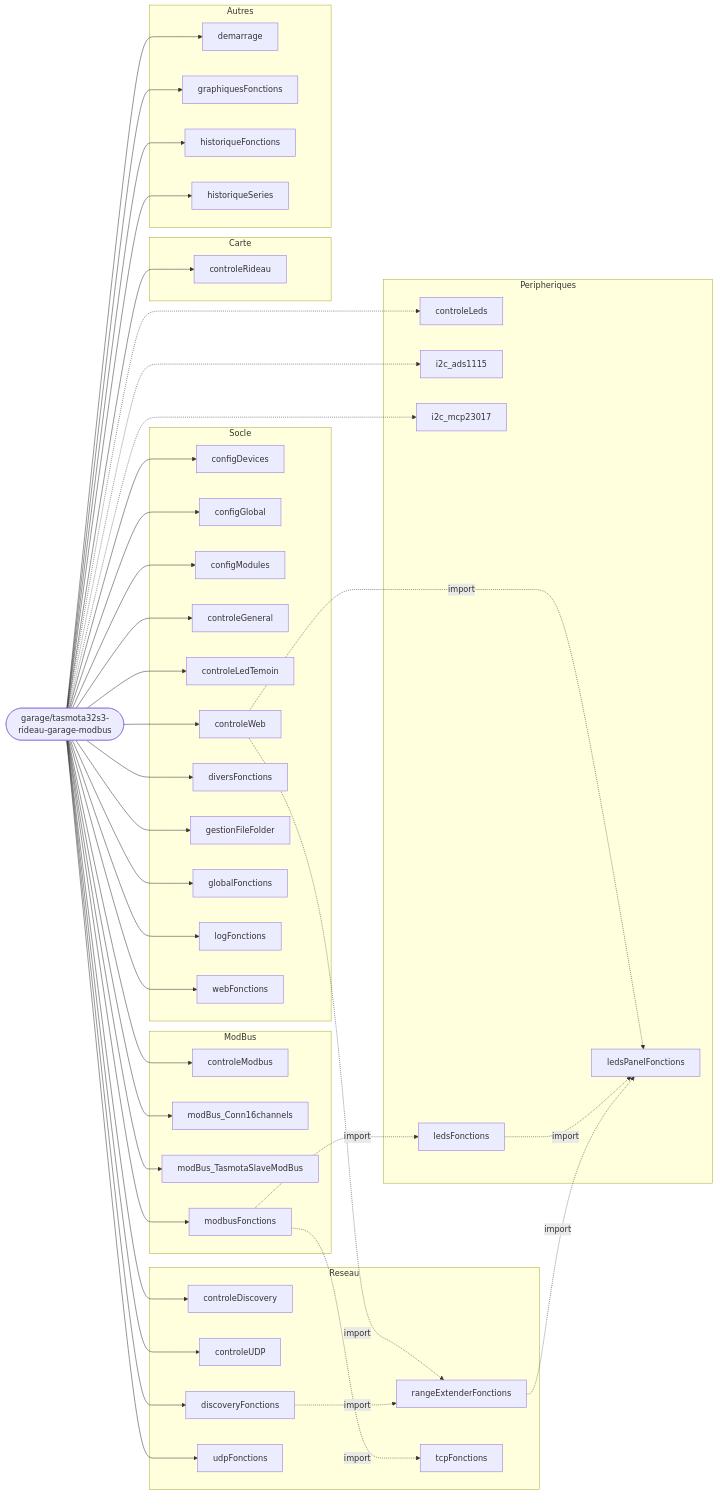
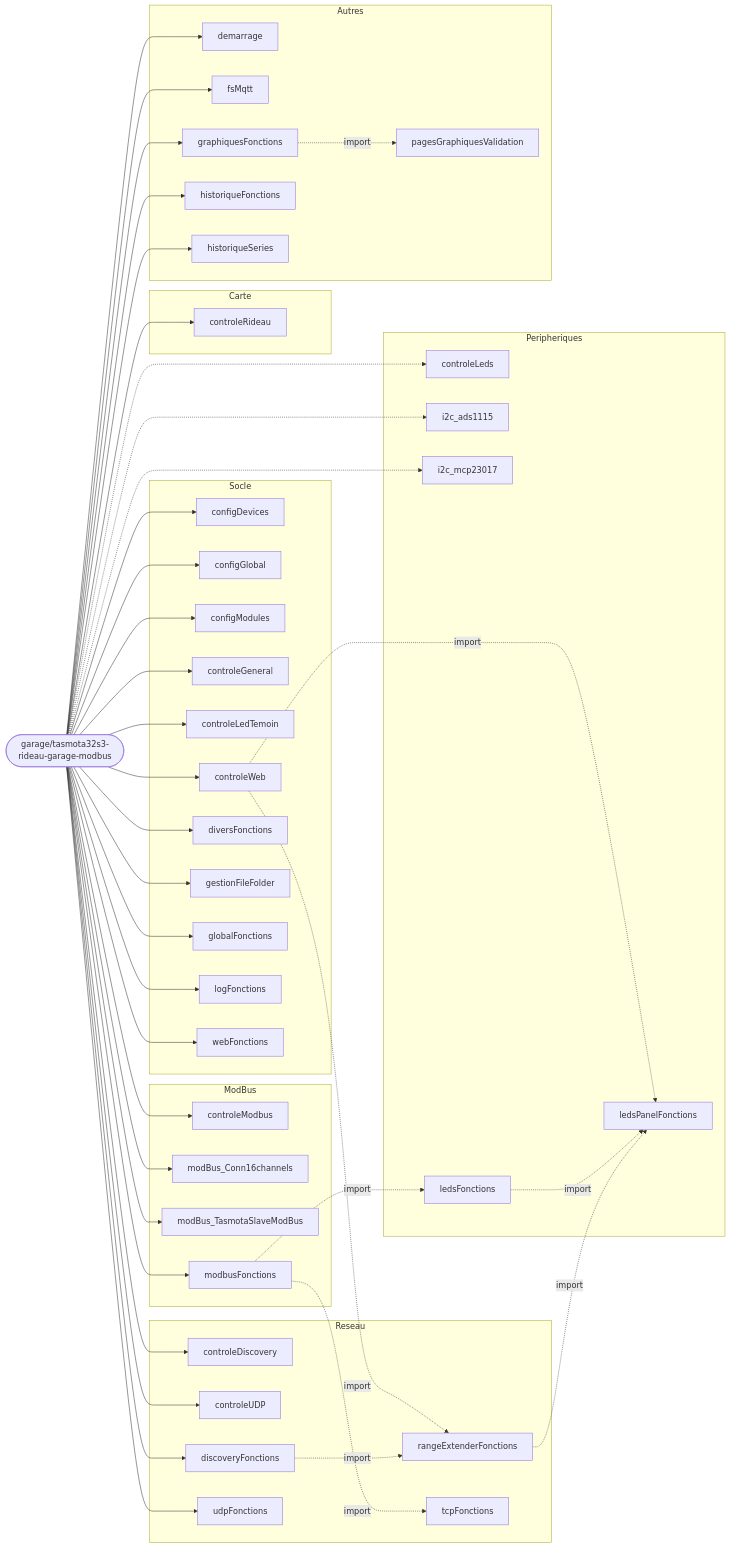
One commit to fdaubercy/Tasmota changed diagram 11 of 14 in outils_docs/CARTE_MODULES_BERRY.md. Above: the diagram before and after it, drawn with Mermaid. The commit also changed other lines of this file and 2 other files, not shown here.

First line of the commit message:
docs(mqtt): voie MQTT maitre/esclaves dans le README, CLAUDE.md et la carte des modules

````diff
--- a/outils_docs/CARTE_MODULES_BERRY.md
+++ b/outils_docs/CARTE_MODULES_BERRY.md
@@ -664,9 +1111,11 @@
     end
     subgraph g_Autres["Autres"]
         m_demarrage["demarrage"]
+        m_fsMqtt["fsMqtt"]
         m_graphiquesFonctions["graphiquesFonctions"]
         m_historiqueFonctions["historiqueFonctions"]
         m_historiqueSeries["historiqueSeries"]
+        m_pagesGraphiquesValidation["pagesGraphiquesValidation"]
     end
     CARTE --> m_configDevices
     CARTE --> m_configGlobal
@@ -699,7 +1148,9 @@
     m_rangeExtenderFonctions -.->|import| m_ledsPanelFonctions
     CARTE --> m_controleRideau
     CARTE --> m_demarrage
+    CARTE --> m_fsMqtt
     CARTE --> m_graphiquesFonctions
     CARTE --> m_historiqueFonctions
     CARTE --> m_historiqueSeries
+    m_graphiquesFonctions -.->|import| m_pagesGraphiquesValidation
 ```
````
